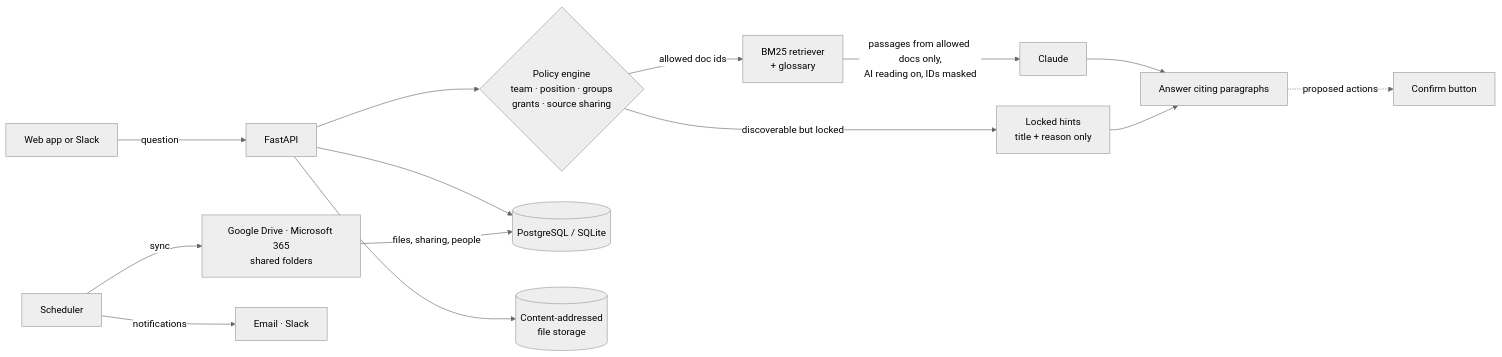
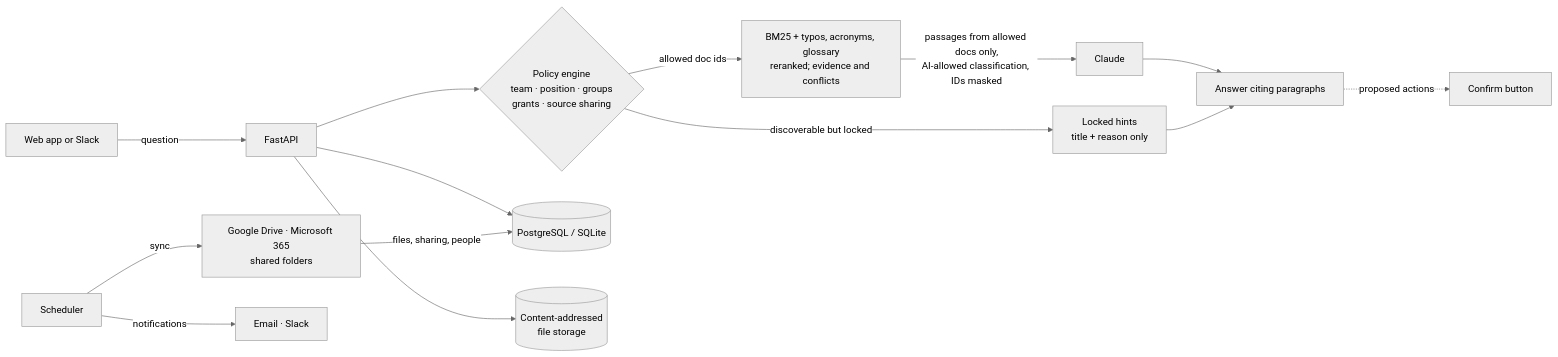
One commit to rishabhra4-byte/vaultmind changed the diagram in README.md. Above: the diagram before and after it, drawn with Mermaid (neutral theme). The commit also changed other lines of this file and 13 other files, not shown here.

````diff
--- a/README.md
+++ b/README.md
@@ -77,16 +90,16 @@
 ```mermaid
 flowchart LR
     U[Web app or Slack] -->|question| API[FastAPI]
     API --> P{Policy engine<br/>team · position · groups<br/>grants · source sharing}
-    P -->|allowed doc ids| R[BM25 retriever<br/>+ glossary]
-    R -->|passages from allowed docs only,<br/>AI reading on, IDs masked| LLM[Claude]
+    P -->|allowed doc ids| R[BM25 + typos, acronyms, glossary<br/>reranked; evidence and conflicts]
+    R -->|passages from allowed docs only,<br/>AI-allowed classification, IDs masked| LLM[Claude]
     P -->|discoverable but locked| H[Locked hints<br/>title + reason only]
     LLM --> A[Answer citing paragraphs]
     H --> A
     A -.->|proposed actions| C[Confirm button]
     API --> DB[(PostgreSQL / SQLite)]
     API --> S[(Content-addressed<br/>file storage)]
     SCH[Scheduler] -->|sync| SRC[Google Drive · Microsoft 365<br/>shared folders]
     SCH -->|notifications| N[Email · Slack]
     SRC -->|files, sharing, people| DB
 ```
````
